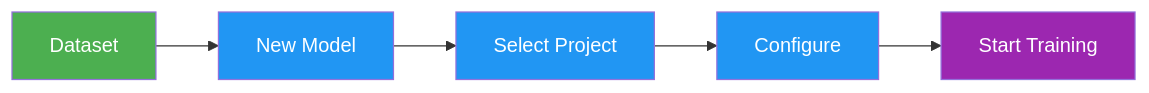
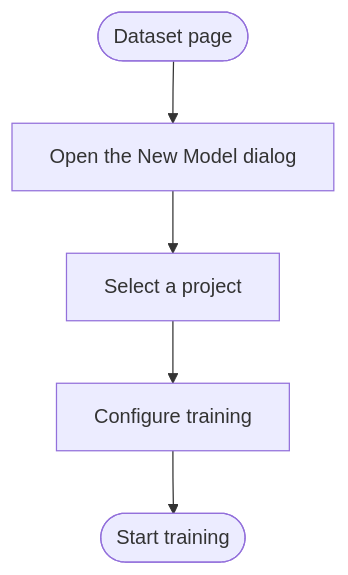
The second of 2 diagrams in docs/en/platform/data/datasets.md (ultralytics/ultralytics), drawn with Mermaid before and after one commit. The commit also changed other lines of this file and 20 other files, not shown here.

Commit message:
Migrate docs Mermaid diagrams to the unified design system (#26573)

````diff
--- a/docs/en/platform/data/datasets.md
+++ b/docs/en/platform/data/datasets.md
@@ -995,11 +991,7 @@
 ```mermaid
-graph LR
-    A[Dataset]:::start --> B[New Model]:::proc
-    B --> C[Select Project]:::proc
-    C --> D[Configure]:::proc
-    D --> E[Start Training]:::out
-
-    classDef start fill:#4CAF50,color:#fff
-    classDef proc fill:#2196F3,color:#fff
-    classDef out fill:#9C27B0,color:#fff
+flowchart TD
+    A([Dataset page]) --> B[Open the New Model dialog]
+    B --> C[Select a project]
+    C --> D[Configure training]
+    D --> E([Start training])
 ```
````
